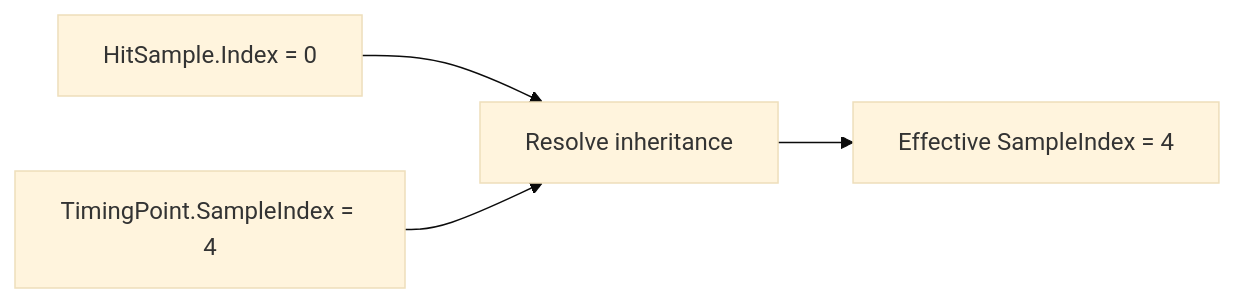
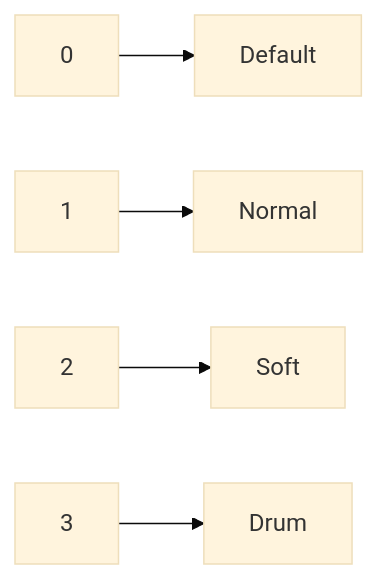
The fifth of 11 diagrams in docs/architecture.md (FAJIFBEFJHA/osu-hitsound-editor), drawn with Mermaid (base theme) before and after one commit. The commit also changed other lines of this file and 16 other files, not shown here.

````diff
--- a/docs/architecture.md
+++ b/docs/architecture.md
@@ -191,8 +347,8 @@
 ```mermaid
 flowchart LR
 
-    A["HitSample.Index = 0"] --> C[Resolve inheritance]
-    B["TimingPoint.SampleIndex = 4"] --> C
-
-    C --> D["Effective SampleIndex = 4"]
+    A["0"] --> E[Default]
+    B["1"] --> F[Normal]
+    C["2"] --> G[Soft]
+    D["3"] --> H[Drum]
 ```
````
